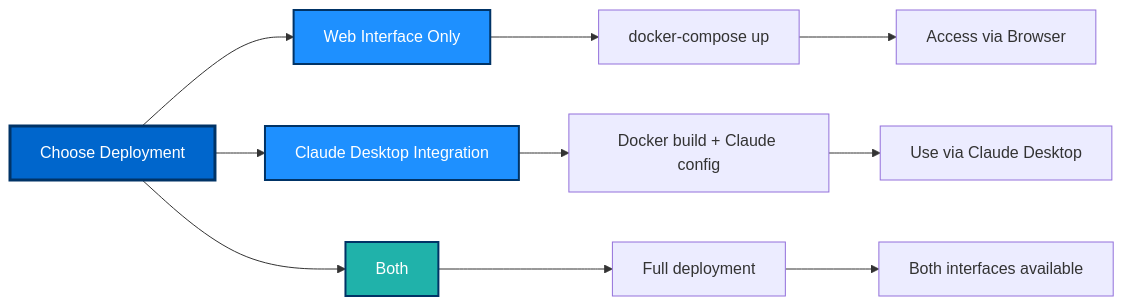
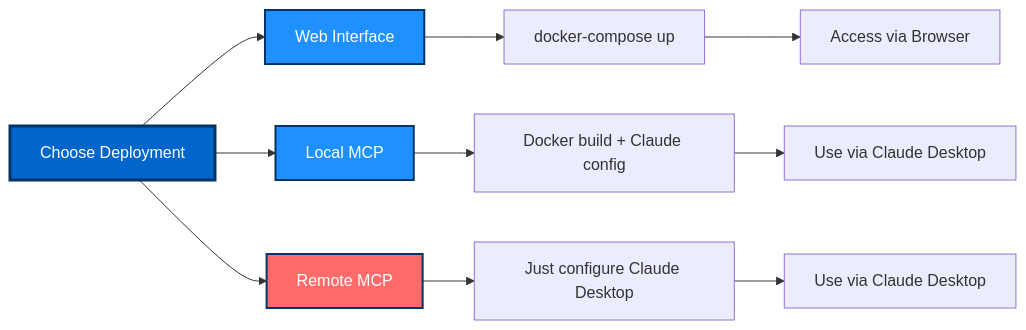
Before and after one commit to aj-geddes/sailor: the second of 6 diagrams in docs/setup-guide.md, drawn with Mermaid. The commit also changed other lines of this file and 2 other files, not shown here.

First line of the commit message:
Add Remote MCP Server documentation

````diff
--- a/docs/setup-guide.md
+++ b/docs/setup-guide.md
@@ -75,19 +76,19 @@
 ```mermaid
 graph LR
-    A[Choose Deployment] --> B[Web Interface Only]
-    A --> C[Claude Desktop Integration]
-    A --> D[Both]
+    A[Choose Deployment] --> B[Web Interface]
+    A --> C[Local MCP]
+    A --> D[Remote MCP]
 
     B --> E[docker-compose up]
     C --> F[Docker build + Claude config]
-    D --> G[Full deployment]
+    D --> G[Just configure Claude Desktop]
 
     E --> H[Access via Browser]
     F --> I[Use via Claude Desktop]
-    G --> J[Both interfaces available]
+    G --> J[Use via Claude Desktop]
 
     style A fill:#0066cc,stroke:#003366,stroke-width:3px,color:#fff
     style B fill:#1e90ff,stroke:#003366,stroke-width:2px,color:#fff
     style C fill:#1e90ff,stroke:#003366,stroke-width:2px,color:#fff
-    style D fill:#20b2aa,stroke:#003366,stroke-width:2px,color:#fff
+    style D fill:#ff6b6b,stroke:#003366,stroke-width:2px,color:#fff
 ```
````
